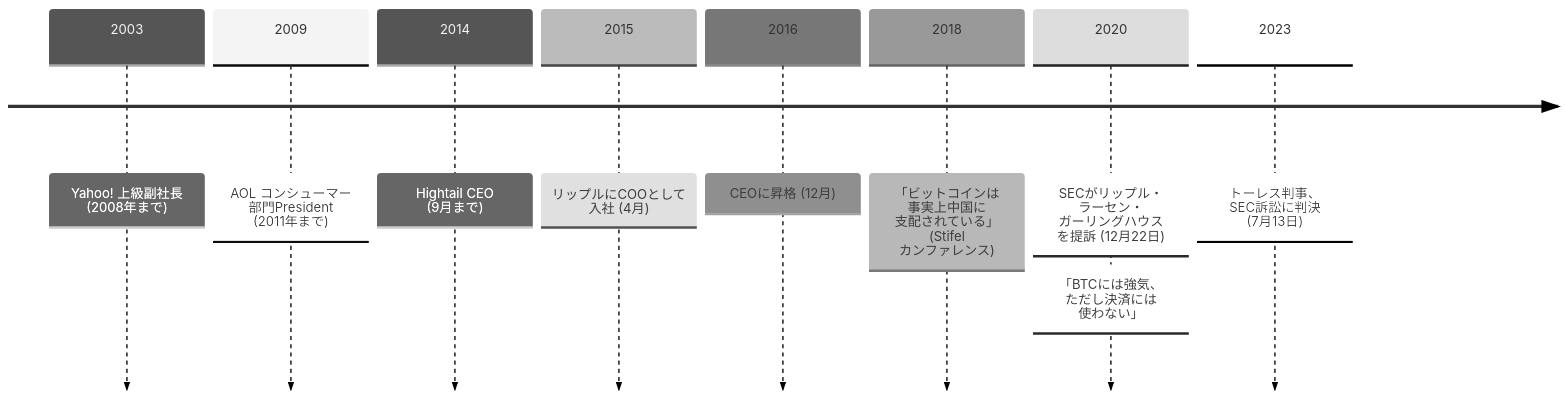
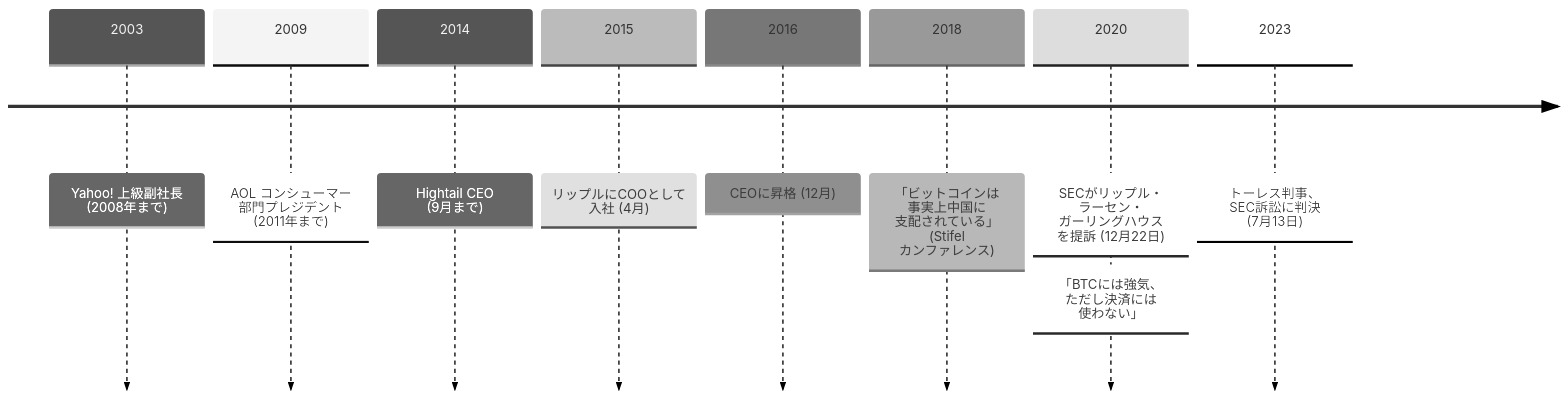
Before and after one commit to cypher256/BitcoinArchive: the diagram in src/data/translations/ja/aftermath/2015-04-01-brad-garlinghouse-biography.md, drawn with Mermaid (neutral theme). The commit also changed other lines of this file and 130 other files, not shown here.

````diff
--- a/src/data/translations/ja/aftermath/2015-04-01-brad-garlinghouse-biography.md
+++ b/src/data/translations/ja/aftermath/2015-04-01-brad-garlinghouse-biography.md
@@ -43,12 +43,12 @@
 ```mermaid
 timeline
     2003 : Yahoo! 上級副社長 (2008年まで)
-    2009 : AOL コンシューマー 部門President (2011年まで)
+    2009 : AOL コンシューマー 部門プレジデント (2011年まで)
     2014 : Hightail CEO (9月まで)
     2015 : リップルにCOOとして 入社 (4月)
     2016 : CEOに昇格 (12月)
     2018 : 「ビットコインは 事実上中国に 支配されている」 (Stifel カンファレンス)
     2020 : SECがリップル・ ラーセン・ ガーリングハウス を提訴 (12月22日)
          : 「BTCには強気、 ただし決済には 使わない」
     2023 : トーレス判事、 SEC訴訟に判決 (7月13日)
 ```
````
